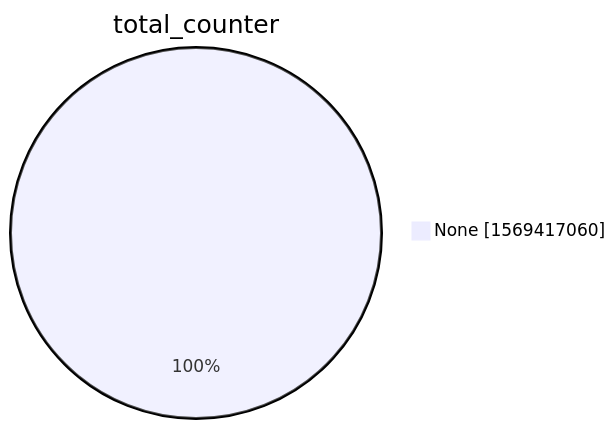
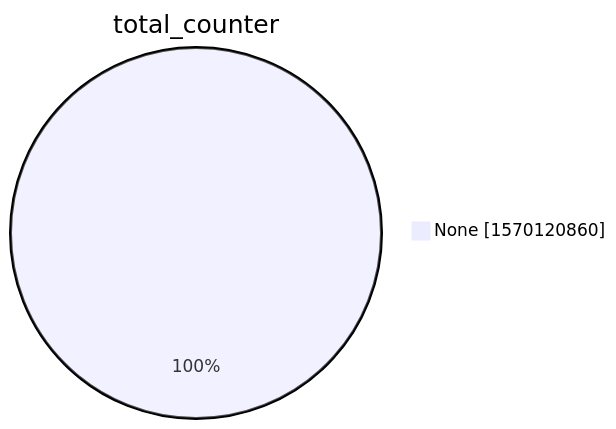
The second of 15 diagrams in xenon2022/README.md (christiankrug/ctmonitor_visualization), drawn with Mermaid before and after one commit. The commit also changed other lines of this file, not shown here.

````diff
--- a/xenon2022/README.md
+++ b/xenon2022/README.md
@@ -9,5 +9,5 @@
 ```mermaid
 pie showData
 title total_counter
-"None" :1569417060
+"None" :1570120860
 ```
````
